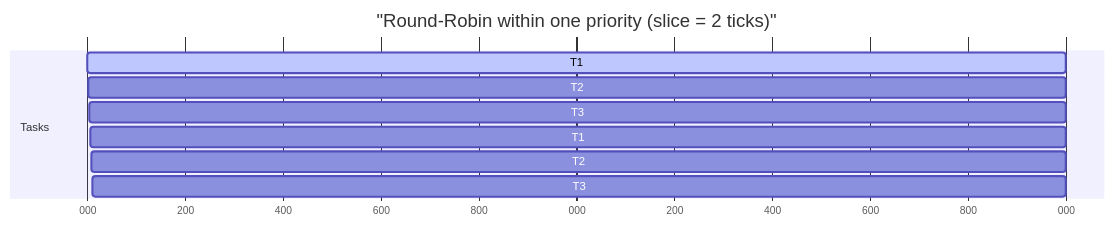
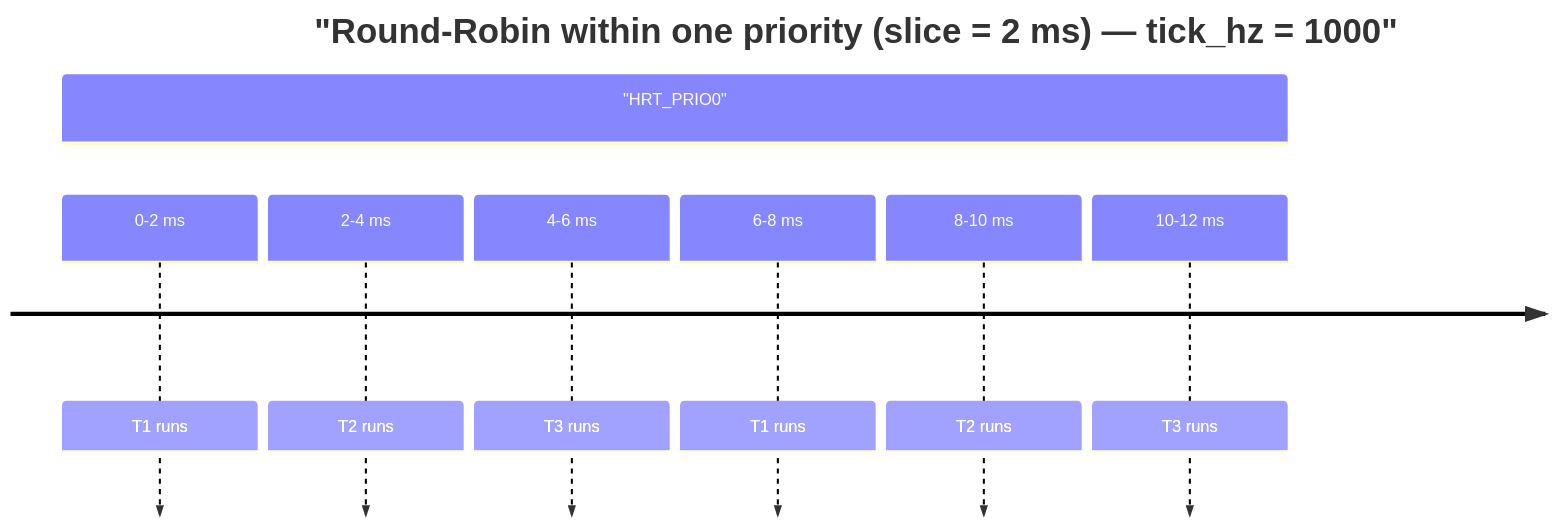
Before and after one commit to ExoSpaceLabs/hardrt: the fifth of 6 diagrams in README.md, drawn with Mermaid. The commit also changed other lines of this file and 1 other file, not shown here.

Commit message:
fix(heartos): change mermaid gantt charts to timeline.

````diff
--- a/README.md
+++ b/README.md
@@ -130,14 +130,11 @@
 ```mermaid
-gantt
-  title "Round‑Robin within one priority (slice = 2 ticks)"
-  dateFormat  X
-  axisFormat  %L
-
-  section Tasks
-  T1 :active, 0, 2
-  T2 : 2, 2
-  T3 : 4, 2
-  T1 : 6, 2
-  T2 : 8, 2
-  T3 : 10, 2
+timeline
+  title "Round‑Robin within one priority (slice = 2 ms) — tick_hz = 1000"
+  section "HRT_PRIO0"
+  0-2 ms: T1 runs
+  2-4 ms: T2 runs
+  4-6 ms: T3 runs
+  6-8 ms: T1 runs
+  8-10 ms: T2 runs
+  10-12 ms: T3 runs
 ```
````
